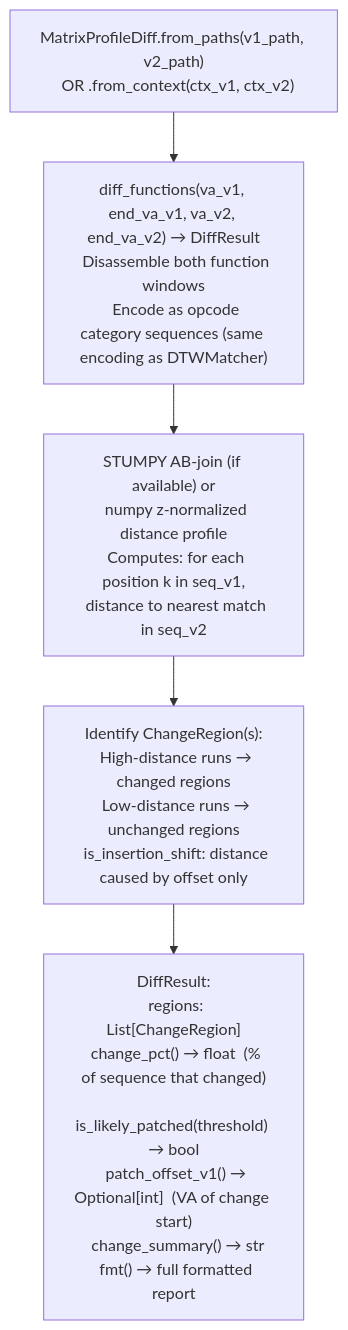
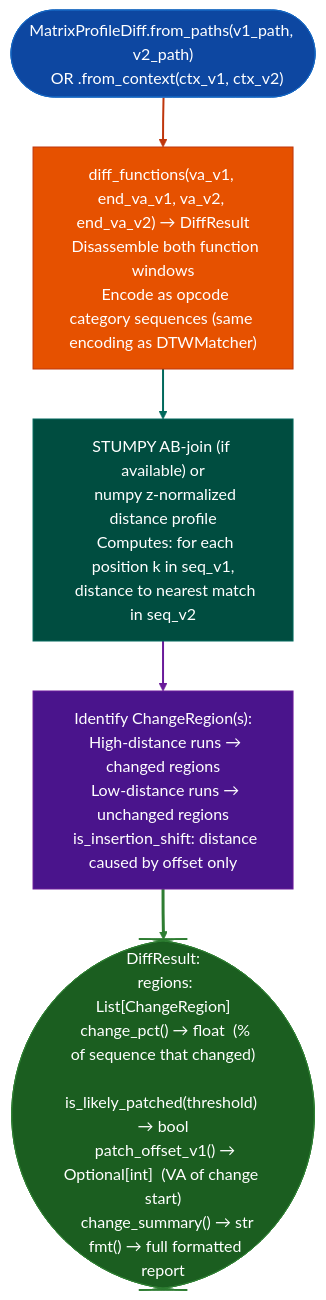
Before and after one commit to Ablation-Tool/ablation: the diagram in docs/reference-modules/matrix-profile-patch-diff.md, drawn with Mermaid. The commit also changed 320 other files, not shown here.

First line of the commit message:
docs: apply canonical Mermaid template to all 321 diagrams

````diff
--- a/docs/reference-modules/matrix-profile-patch-diff.md
+++ b/docs/reference-modules/matrix-profile-patch-diff.md
@@ -31,7 +31,17 @@
 ```mermaid
 flowchart TD
-    A["MatrixProfileDiff.from_paths(v1_path, v2_path)\n  OR .from_context(ctx_v1, ctx_v2)"] --> B["diff_functions(va_v1, end_va_v1, va_v2, end_va_v2) → DiffResult\n  Disassemble both function windows\n  Encode as opcode category sequences (same encoding as DTWMatcher)"]
-    B --> C["STUMPY AB-join (if available) or\n  numpy z-normalized distance profile\n  Computes: for each position k in seq_v1,\n  distance to nearest match in seq_v2"]
-    C --> D["Identify ChangeRegion(s):\n  High-distance runs → changed regions\n  Low-distance runs → unchanged regions\n  is_insertion_shift: distance caused by offset only"]
-    D --> E["DiffResult:\n  regions: List[ChangeRegion]\n  change_pct() → float  (% of sequence that changed)\n  is_likely_patched(threshold) → bool\n  patch_offset_v1() → Optional[int]  (VA of change start)\n  change_summary() → str\n  fmt() → full formatted report"]
+    A(["MatrixProfileDiff.from_paths(v1_path, v2_path)\n  OR .from_context(ctx_v1, ctx_v2)"]):::input --> B["diff_functions(va_v1, end_va_v1, va_v2, end_va_v2) → DiffResult\n  Disassemble both function windows\n  Encode as opcode category sequences (same encoding as DTWMatcher)"]:::primary
+    B:::primary --> C["STUMPY AB-join (if available) or\n  numpy z-normalized distance profile\n  Computes: for each position k in seq_v1,\n  distance to nearest match in seq_v2"]:::secondary
+    C:::secondary --> D["Identify ChangeRegion(s):\n  High-distance runs → changed regions\n  Low-distance runs → unchanged regions\n  is_insertion_shift: distance caused by offset only"]:::tertiary
+    D:::tertiary --> E(["DiffResult:\n  regions: List[ChangeRegion]\n  change_pct() → float  (% of sequence that changed)\n  is_likely_patched(threshold) → bool\n  patch_offset_v1() → Optional[int]  (VA of change start)\n  change_summary() → str\n  fmt() → full formatted report"]):::output
+    classDef input     fill:#0d47a1,stroke:#1565c0,color:#fff
+    classDef primary   fill:#e65100,stroke:#bf360c,color:#fff
+    classDef secondary fill:#004d40,stroke:#00695c,color:#fff
+    classDef tertiary  fill:#4a148c,stroke:#6a1b9a,color:#fff
+    classDef neutral   fill:#37474f,stroke:#546e7a,color:#fff
+    classDef output    fill:#1b5e20,stroke:#2e7d32,color:#fff
+    linkStyle 0 stroke:#bf360c,stroke-width:2px
+    linkStyle 1 stroke:#00695c,stroke-width:2px
+    linkStyle 2 stroke:#6a1b9a,stroke-width:2px
+    linkStyle 3 stroke:#2e7d32,stroke-width:3px
 ```
````
